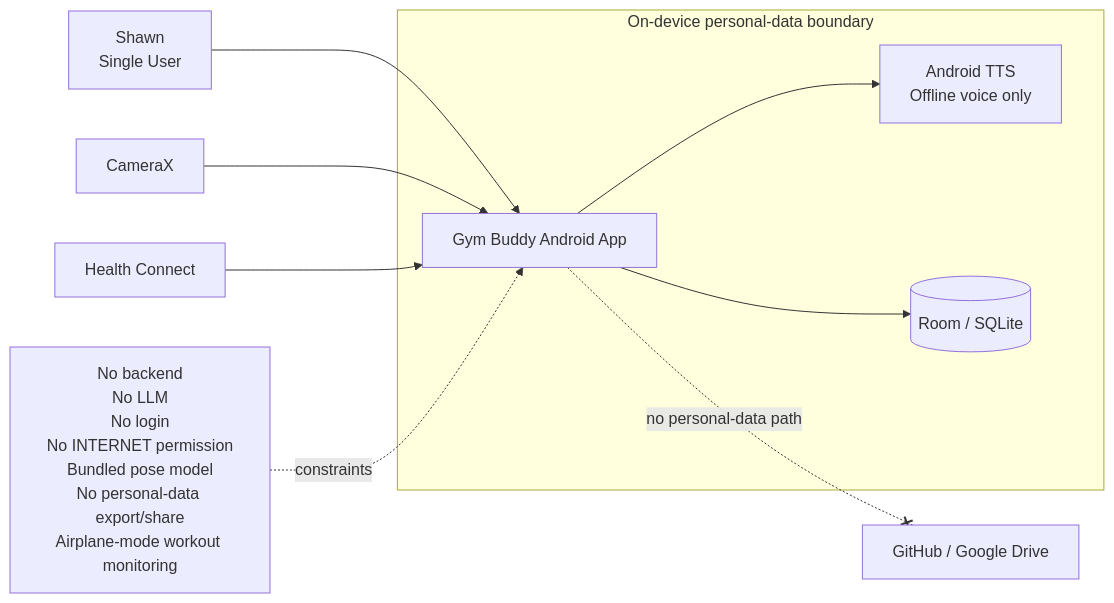
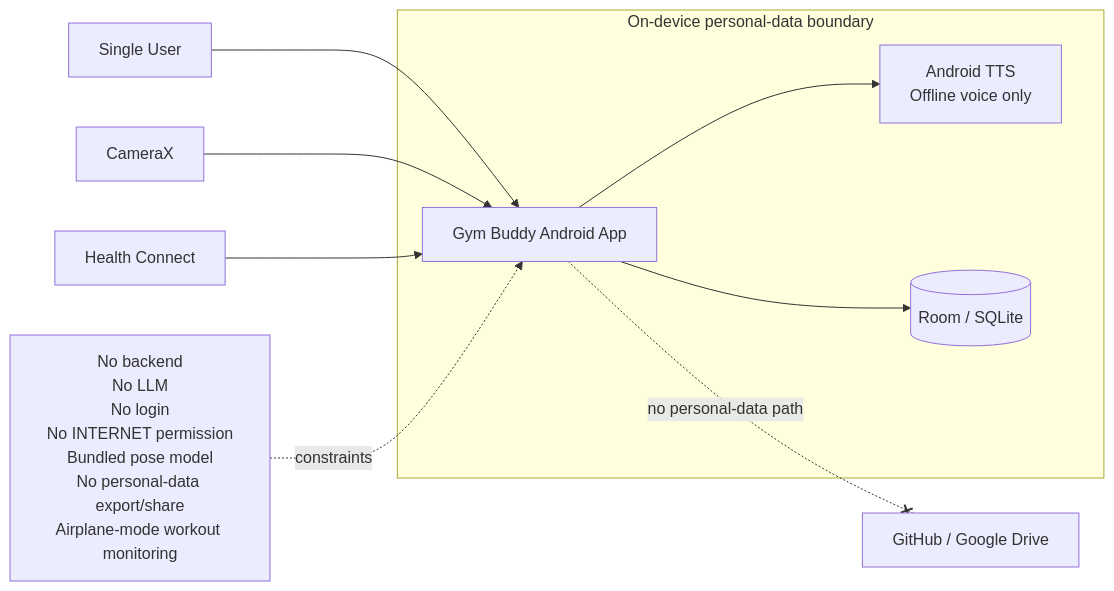
The first of 5 diagrams in docs/uml/OVERVIEW.md (lazerta/gym-buddy), drawn with Mermaid before and after one commit. The commit also changed other lines of this file, not shown here.

Commit message:
Update UML overview to v0.8 final

````diff
--- a/docs/uml/OVERVIEW.md
+++ b/docs/uml/OVERVIEW.md
@@ -7,17 +7,17 @@
 ```mermaid
 flowchart LR
-    U[Shawn\nSingle User] --> A[Gym Buddy Android App]
+    U[Single User] --> A[Gym Buddy Android App]
     C[CameraX] --> A
     H[Health Connect] --> A
     A --> T[Android TTS\nOffline voice only]
     A --> D[(Room / SQLite)]
 
     subgraph OnDevice[On-device personal-data boundary]
       A
       T
       D
     end
 
     N[No backend\nNo LLM\nNo login\nNo INTERNET permission\nBundled pose model\nNo personal-data export/share\nAirplane-mode workout monitoring] -. constraints .-> A
     A -. no personal-data path .-x G[GitHub / Google Drive]
 ```
````
